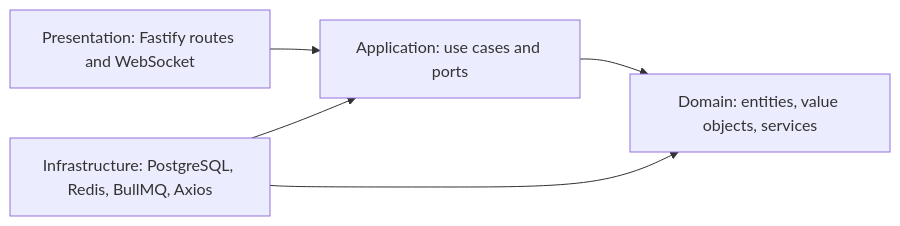
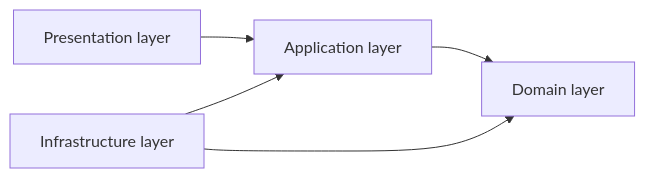
Before and after one commit to ThQMS/Devpulse: the third of 3 diagrams in README.md, drawn with Mermaid. The commit also changed other lines of this file, not shown here.

Commit message:
docs: simplify readme diagrams

````diff
--- a/README.md
+++ b/README.md
@@ -55,7 +77,12 @@
 ```mermaid
-flowchart LR
-  Presentation[Presentation: Fastify routes and WebSocket] --> Application[Application: use cases and ports]
-  Application --> Domain[Domain: entities, value objects, services]
-  Infrastructure[Infrastructure: PostgreSQL, Redis, BullMQ, Axios] --> Application
+graph LR
+  Presentation[Presentation layer]
+  Application[Application layer]
+  Domain[Domain layer]
+  Infrastructure[Infrastructure layer]
+
+  Presentation --> Application
+  Application --> Domain
+  Infrastructure --> Application
   Infrastructure --> Domain
 ```
````
